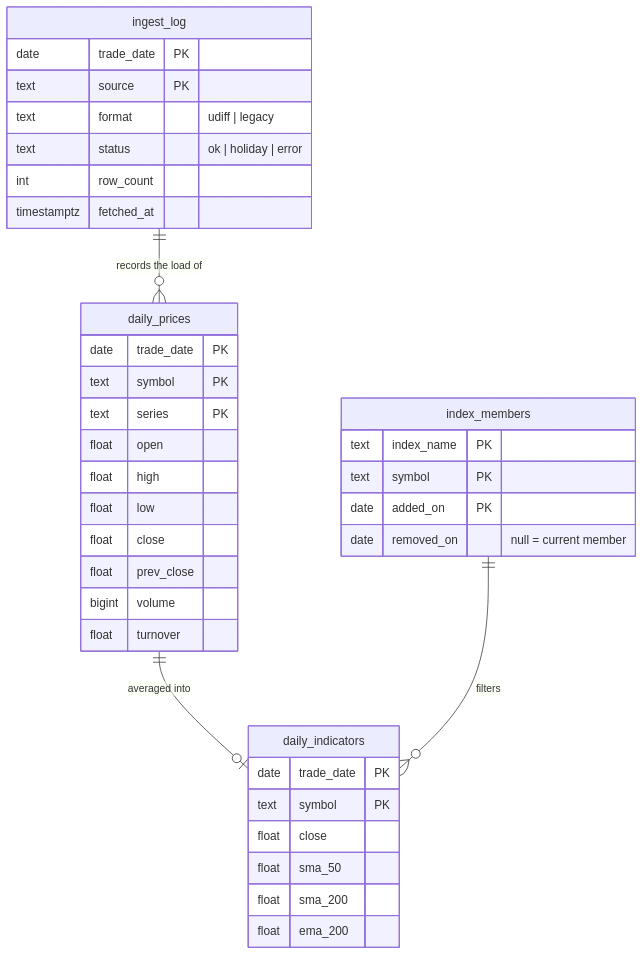
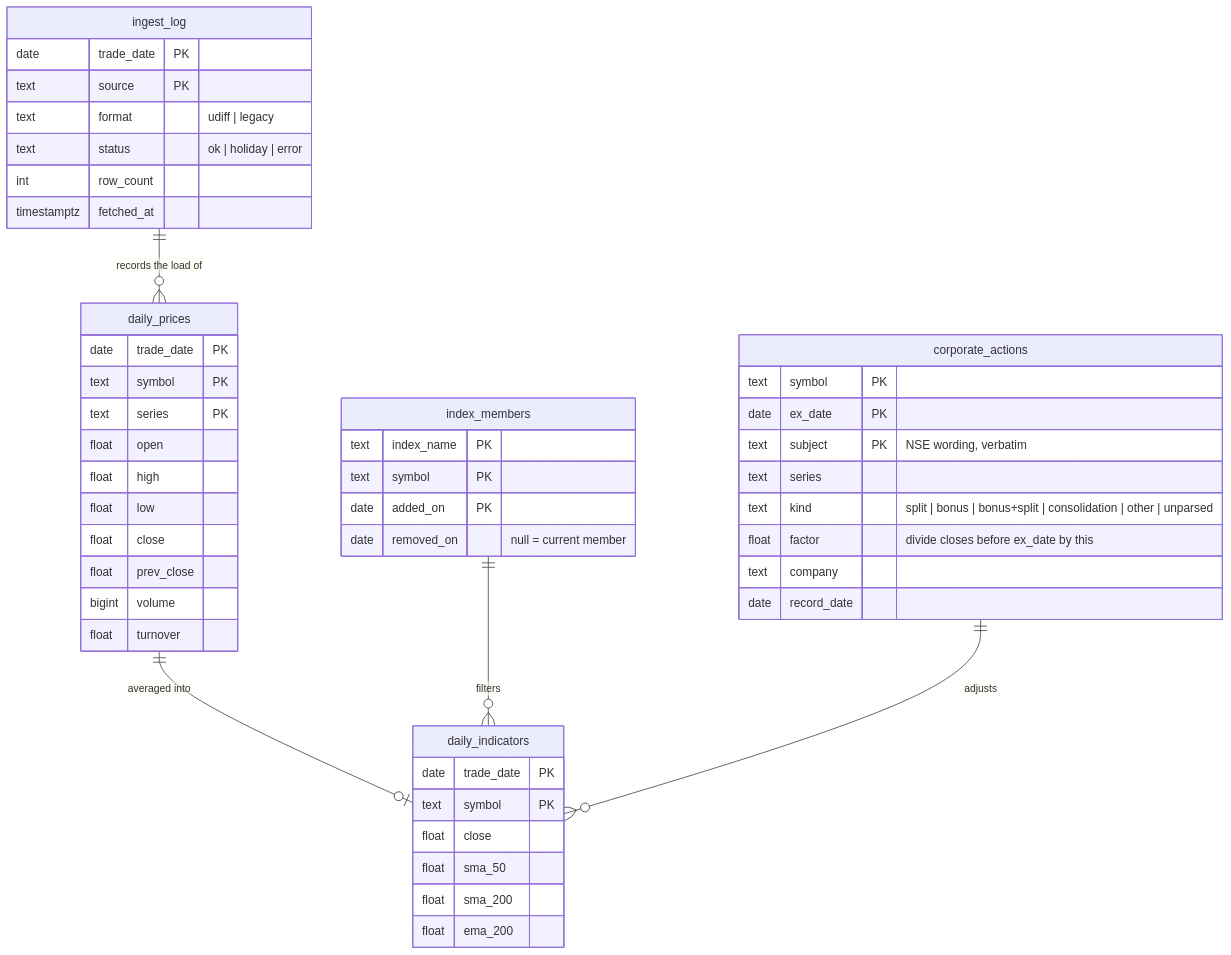
One commit to abhinav2525/TradeSence changed the third of 3 diagrams in README.md. Above: the diagram before and after it, drawn with Mermaid. The commit also changed other lines of this file and 17 other files, not shown here.

````diff
--- a/README.md
+++ b/README.md
@@ -115,40 +119,51 @@
 ```mermaid
 erDiagram
     daily_prices {
         date trade_date PK
         text symbol PK
         text series PK
         float open
         float high
         float low
         float close
         float prev_close
         bigint volume
         float turnover
     }
     index_members {
         text index_name PK
         text symbol PK
         date added_on PK
         date removed_on "null = current member"
     }
     daily_indicators {
         date trade_date PK
         text symbol PK
         float close
         float sma_50
         float sma_200
         float ema_200
     }
+    corporate_actions {
+        text symbol PK
+        date ex_date PK
+        text subject PK "NSE wording, verbatim"
+        text series
+        text kind "split | bonus | bonus+split | consolidation | other | unparsed"
+        float factor "divide closes before ex_date by this"
+        text company
+        date record_date
+    }
     ingest_log {
         date trade_date PK
         text source PK
         text format "udiff | legacy"
         text status "ok | holiday | error"
         int row_count
         timestamptz fetched_at
     }
     daily_prices ||--o| daily_indicators : "averaged into"
     index_members ||--o{ daily_indicators : "filters"
+    corporate_actions ||--o{ daily_indicators : "adjusts"
     ingest_log ||--o{ daily_prices : "records the load of"
 ```
````
